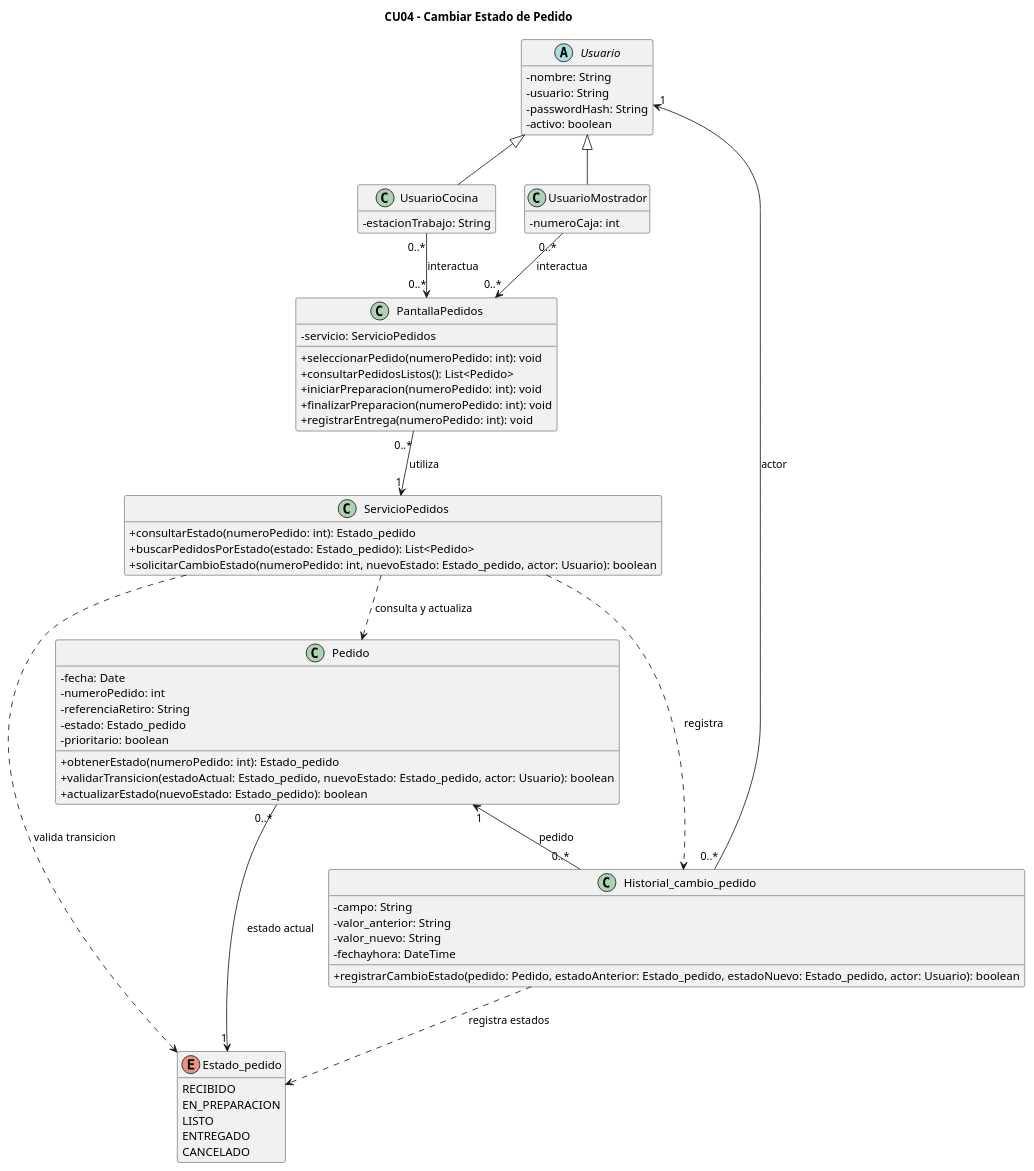
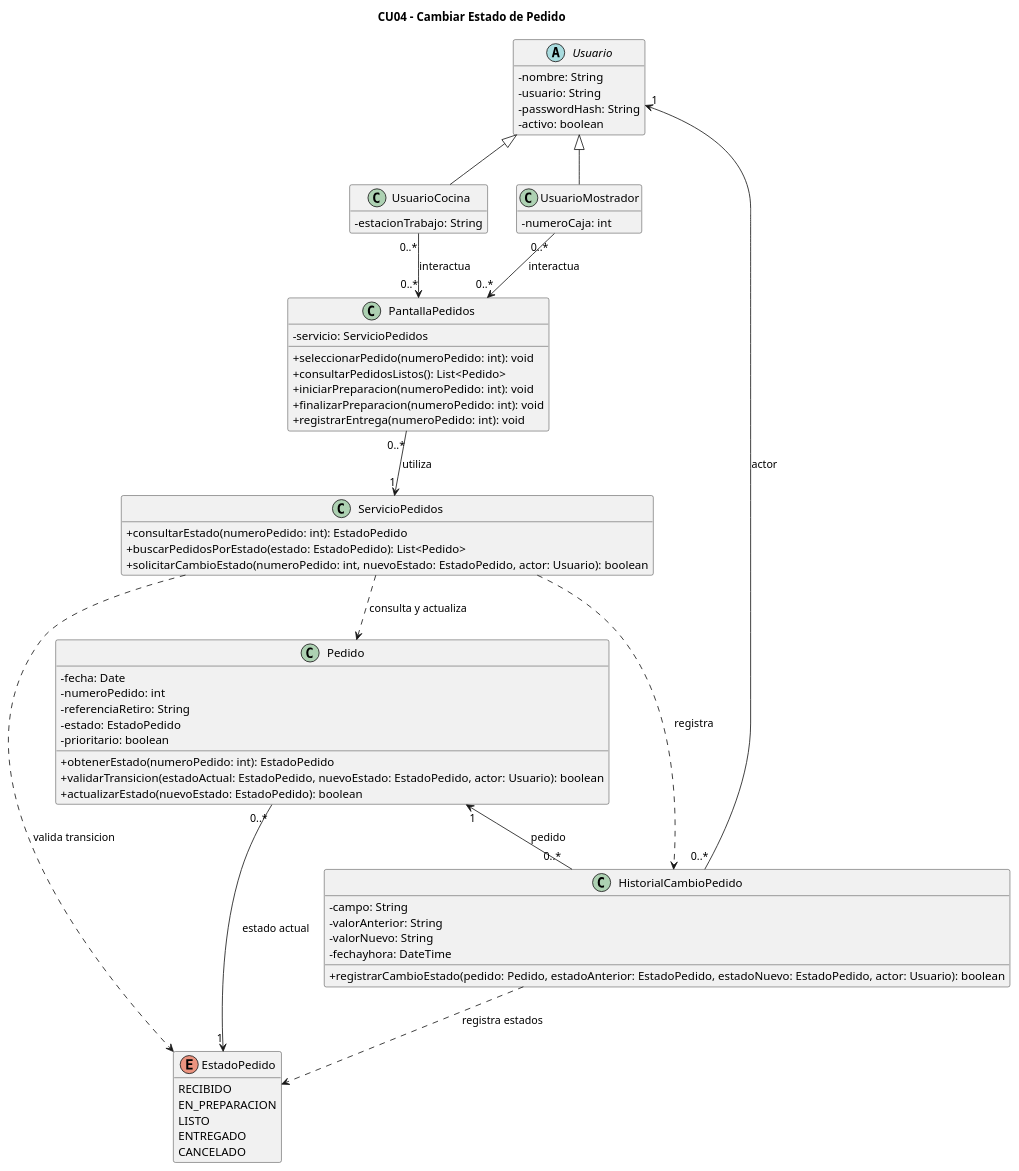
The diagram in diagramas/01-diagrama-clases/04-clases-cambiar-estado-pedido-04.puml (eloeyhe/SistemaPedidos), drawn with PlantUML before and after one commit. The commit also changed 43 other files, not shown here.

```diff
--- a/diagramas/01-diagrama-clases/04-clases-cambiar-estado-pedido-04.puml
+++ b/diagramas/01-diagrama-clases/04-clases-cambiar-estado-pedido-04.puml
@@ -1,79 +1,79 @@
 @startuml 04-clases-cambiar-estado-pedido-04
 title CU04 - Cambiar Estado de Pedido
 skinparam classAttributeIconSize 0
 hide empty members
 
 abstract class Usuario {
   - nombre: String
   - usuario: String
   - passwordHash: String
   - activo: boolean
 }
 
 class UsuarioCocina {
   - estacionTrabajo: String
 }
 
 class UsuarioMostrador {
   - numeroCaja: int
 }
 
 class PantallaPedidos {
   - servicio: ServicioPedidos
   + seleccionarPedido(numeroPedido: int): void
   + consultarPedidosListos(): List<Pedido>
   + iniciarPreparacion(numeroPedido: int): void
   + finalizarPreparacion(numeroPedido: int): void
   + registrarEntrega(numeroPedido: int): void
 }
 
 class ServicioPedidos {
-  + consultarEstado(numeroPedido: int): Estado_pedido
-  + buscarPedidosPorEstado(estado: Estado_pedido): List<Pedido>
-  + solicitarCambioEstado(numeroPedido: int, nuevoEstado: Estado_pedido, actor: Usuario): boolean
+  + consultarEstado(numeroPedido: int): EstadoPedido
+  + buscarPedidosPorEstado(estado: EstadoPedido): List<Pedido>
+  + solicitarCambioEstado(numeroPedido: int, nuevoEstado: EstadoPedido, actor: Usuario): boolean
 }
 
 class Pedido {
   - fecha: Date
   - numeroPedido: int
   - referenciaRetiro: String
-  - estado: Estado_pedido
+  - estado: EstadoPedido
   - prioritario: boolean
-  + obtenerEstado(numeroPedido: int): Estado_pedido
-  + validarTransicion(estadoActual: Estado_pedido, nuevoEstado: Estado_pedido, actor: Usuario): boolean
-  + actualizarEstado(nuevoEstado: Estado_pedido): boolean
+  + obtenerEstado(numeroPedido: int): EstadoPedido
+  + validarTransicion(estadoActual: EstadoPedido, nuevoEstado: EstadoPedido, actor: Usuario): boolean
+  + actualizarEstado(nuevoEstado: EstadoPedido): boolean
 }
 
-class Historial_cambio_pedido {
+class HistorialCambioPedido {
   - campo: String
-  - valor_anterior: String
-  - valor_nuevo: String
+  - valorAnterior: String
+  - valorNuevo: String
   - fechayhora: DateTime
-  + registrarCambioEstado(pedido: Pedido, estadoAnterior: Estado_pedido, estadoNuevo: Estado_pedido, actor: Usuario): boolean
+  + registrarCambioEstado(pedido: Pedido, estadoAnterior: EstadoPedido, estadoNuevo: EstadoPedido, actor: Usuario): boolean
 }
 
-enum Estado_pedido {
+enum EstadoPedido {
   RECIBIDO
   EN_PREPARACION
   LISTO
   ENTREGADO
   CANCELADO
 }
 
 Usuario <|-- UsuarioCocina
 Usuario <|-- UsuarioMostrador
 
 UsuarioCocina "0..*" --> "0..*" PantallaPedidos : interactua
 UsuarioMostrador "0..*" --> "0..*" PantallaPedidos : interactua
 
 PantallaPedidos "0..*" --> "1" ServicioPedidos : utiliza
 ServicioPedidos ..> Pedido : consulta y actualiza
-ServicioPedidos ..> Historial_cambio_pedido : registra
+ServicioPedidos ..> HistorialCambioPedido : registra
 
-Pedido "0..*" --> "1" Estado_pedido : estado actual
-Pedido "1" <-- "0..*" Historial_cambio_pedido : pedido
-Historial_cambio_pedido "0..*" --> "1" Usuario : actor
+Pedido "0..*" --> "1" EstadoPedido : estado actual
+Pedido "1" <-- "0..*" HistorialCambioPedido : pedido
+HistorialCambioPedido "0..*" --> "1" Usuario : actor
 
-ServicioPedidos ..> Estado_pedido : valida transicion
-Historial_cambio_pedido ..> Estado_pedido : registra estados
+ServicioPedidos ..> EstadoPedido : valida transicion
+HistorialCambioPedido ..> EstadoPedido : registra estados
 @enduml
```
